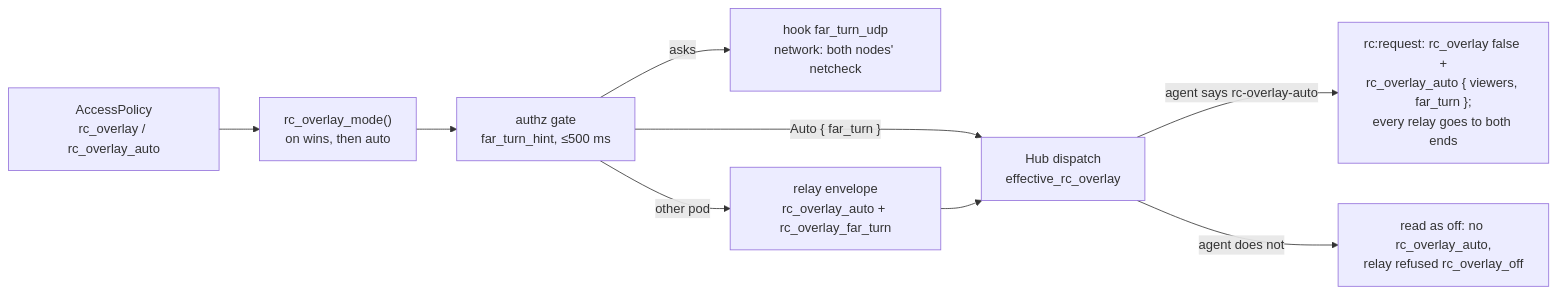
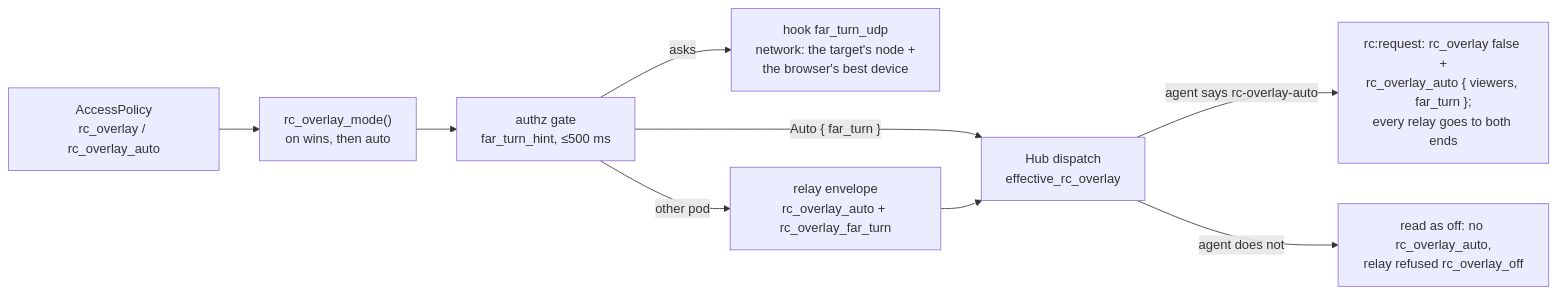
Before and after one commit to gjovanov/roomler-ai: the fifth of 36 diagrams in docs/remote-control.md, drawn with Mermaid. The commit also changed other lines of this file and 10 other files, not shown here.

First line of the commit message:
feat(fr-128): P2c — D8: the far-TURN hint takes the browser's best device and the target's own netcheck (#2989)

````diff
--- a/docs/remote-control.md
+++ b/docs/remote-control.md
@@ -308,11 +308,11 @@
 ```mermaid
 flowchart LR
     P["AccessPolicy<br/>rc_overlay / rc_overlay_auto"] --> M["rc_overlay_mode()<br/>on wins, then auto"]
     M --> G["authz gate<br/>far_turn_hint, ≤500 ms"]
-    G -->|"asks"| K["hook far_turn_udp<br/>network: both nodes' netcheck"]
+    G -->|"asks"| K["hook far_turn_udp<br/>network: the target's node +<br/>the browser's best device"]
     G -->|"Auto { far_turn }"| H["Hub dispatch<br/>effective_rc_overlay"]
     G -->|"other pod"| X["relay envelope<br/>rc_overlay_auto + rc_overlay_far_turn"]
     X --> H
     H -->|"agent says rc-overlay-auto"| A["rc:request: rc_overlay false +<br/>rc_overlay_auto { viewers, far_turn };<br/>every relay goes to both ends"]
     H -->|"agent does not"| O["read as off: no rc_overlay_auto,<br/>relay refused rc_overlay_off"]
 ```
````
